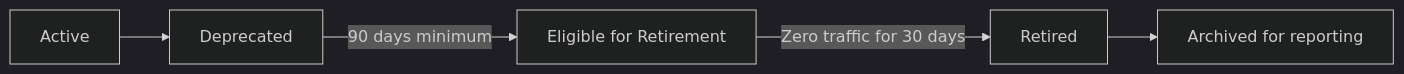
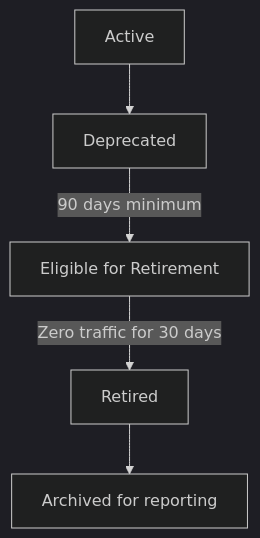
Before and after one commit to barbecuesteve/api-governance: the seventh of 9 diagrams in technical-design.md, drawn with Mermaid (dark theme). The commit also changed other lines of this file, not shown here.

Commit message:
maturity model as graph

````diff
--- a/technical-design.md
+++ b/technical-design.md
@@ -363,7 +363,7 @@
 ```mermaid
-flowchart LR
+flowchart TD
     A[Active] --> B[Deprecated]
     B -->|90 days minimum| C[Eligible for Retirement]
     C -->|Zero traffic for 30 days| D[Retired]
     D --> E[Archived for reporting]
 ```
````
